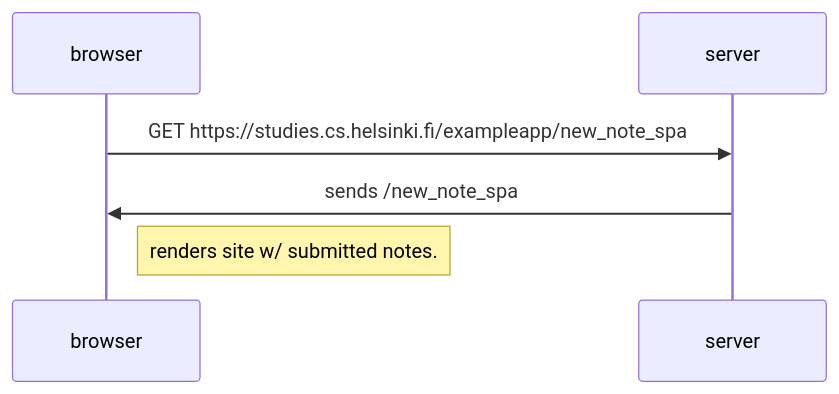
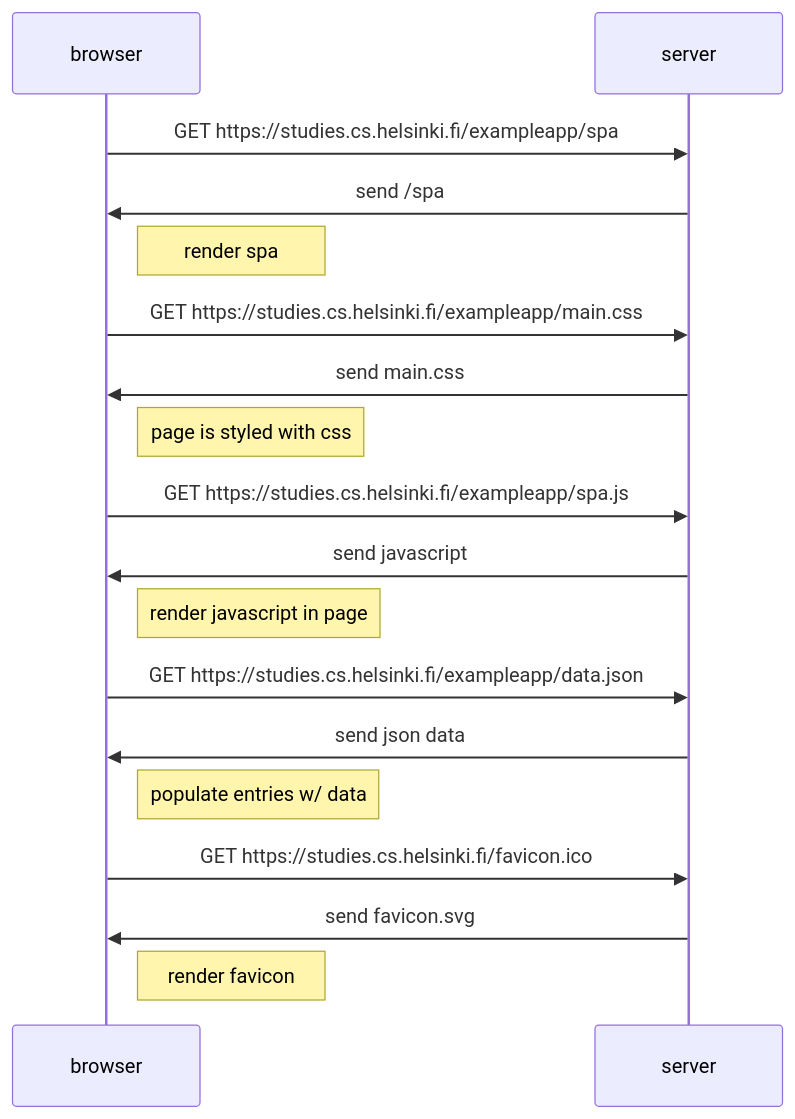
One commit to pappasdev/fso-part0 changed the diagram in 0.5.md. Above: the diagram before and after it, drawn with Mermaid. The commit also changed 1 other file, not shown here.

Commit message:
finish submissions for part0

```diff
--- a/0.5.md
+++ b/0.5.md
@@ -1,8 +1,21 @@
 :::mermaid
 sequenceDiagram
 participant b as browser
 participant s as server
-b->>s: GET https://studies.cs.helsinki.fi/exampleapp/new_note_spa
-s->>b: sends /new_note_spa
-note right of b: renders site w/ submitted notes.
+
+b->>s: GET https://studies.cs.helsinki.fi/exampleapp/spa
+s->>b: send /spa
+note right of b: render spa
+b->>s: GET https://studies.cs.helsinki.fi/exampleapp/main.css
+s->>b: send main.css
+note right of b: page is styled with css
+b->>s: GET https://studies.cs.helsinki.fi/exampleapp/spa.js
+s->>b: send javascript
+note right of b: render javascript in page
+b->>s: GET https://studies.cs.helsinki.fi/exampleapp/data.json
+s->>b: send json data
+note right of b: populate entries w/ data
+b->>s: GET https://studies.cs.helsinki.fi/favicon.ico
+s->>b: send favicon.svg
+note right of b: render favicon
 :::
```
